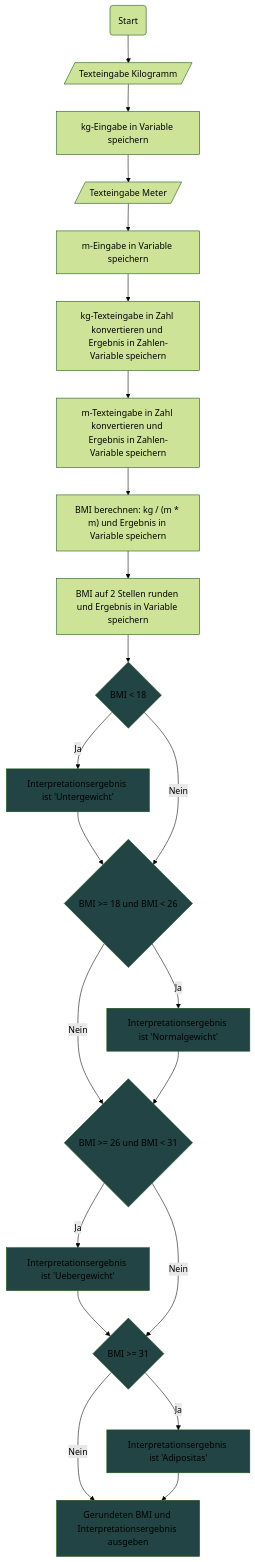
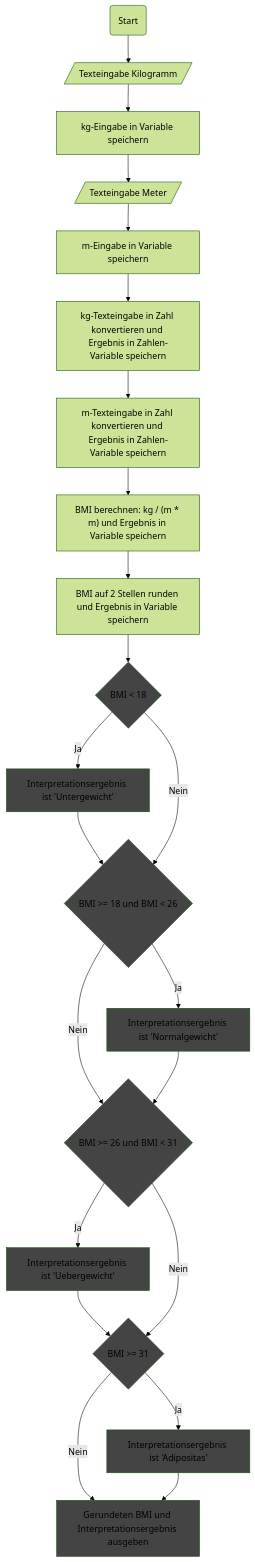
The second of 3 diagrams in BMI/README.md (clander/voprogrammieren), drawn with Mermaid (forest theme) before and after one commit. The commit also changed other lines of this file, not shown here.

Commit message:
Fuer Script angepasst

````diff
--- a/BMI/README.md
+++ b/BMI/README.md
@@ -120,30 +120,30 @@
 ```mermaid
 flowchart TD
     A(Start) --> B[/Texteingabe Kilogramm/]
     B --> C[kg-Eingabe in Variable speichern]
     C --> D[/Texteingabe Meter/]
     D --> E[m-Eingabe in Variable speichern]
     E --> F[kg-Texteingabe in Zahl konvertieren und Ergebnis in Zahlen-Variable speichern]
     F --> G[m-Texteingabe in Zahl konvertieren und Ergebnis in Zahlen-Variable speichern]
     G --> H["BMI berechnen: kg / (m * m)" und Ergebnis in Variable speichern]
     H --> I[BMI auf 2 Stellen runden und Ergebnis in Variable speichern]
 
     I --> J{BMI < 18}
     J:::neu -- Ja --> K[Interpretationsergebnis ist 'Untergewicht']:::neu
     K --> L:::neu
 
     J -- Nein --> L{BMI >= 18 und BMI < 26}
     L -- Ja --> M[Interpretationsergebnis ist 'Normalgewicht']:::neu
     L:::neu -- Nein --> N:::neu
     
     M --> N{BMI >= 26 und BMI < 31}
     N -- Ja --> O[Interpretationsergebnis ist 'Uebergewicht']
     O:::neu --> P:::neu
     N -- Nein --> P{BMI >= 31}
 
     P -- Ja --> Q[Interpretationsergebnis ist 'Adipositas']:::neu
     P -- Nein --> R[Gerundeten BMI und Interpretationsergebnis ausgeben]
     Q --> R:::neu
 
-    classDef neu fill:#244
+    classDef neu fill:#444
 ```
````
